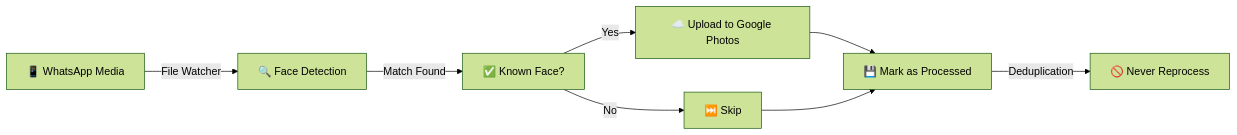
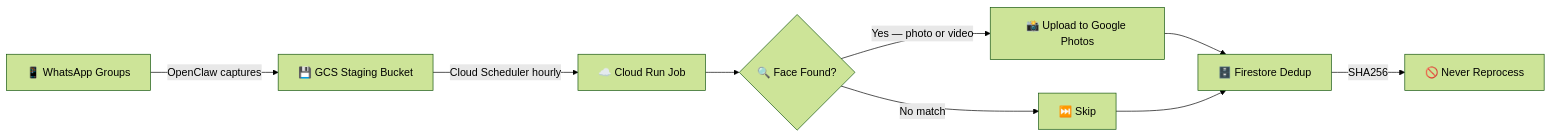
Before and after one commit to yhyatt/DMAF: the diagram in README.md, drawn with Mermaid (forest theme). The commit also changed other lines of this file and 8 other files, not shown here.

````diff
--- a/README.md
+++ b/README.md
@@ -203,10 +213,11 @@
 ```mermaid
 graph LR
-    A[📱 WhatsApp Media] -->|File Watcher| B[🔍 Face Detection]
-    B -->|Match Found| C[✅ Known Face?]
-    C -->|Yes| D[☁️ Upload to Google Photos]
-    C -->|No| E[⏭️ Skip]
-    D --> F[💾 Mark as Processed]
-    E --> F
-    F -->|Deduplication| G[🚫 Never Reprocess]
+    A[📱 WhatsApp Groups] -->|OpenClaw captures| B[💾 GCS Staging Bucket]
+    B -->|Cloud Scheduler hourly| C[☁️ Cloud Run Job]
+    C --> D{🔍 Face Found?}
+    D -->|Yes — photo or video| E[📸 Upload to Google Photos]
+    D -->|No match| F[⏭️ Skip]
+    E --> G[🗄️ Firestore Dedup]
+    F --> G
+    G -->|SHA256| H[🚫 Never Reprocess]
 ```
````
